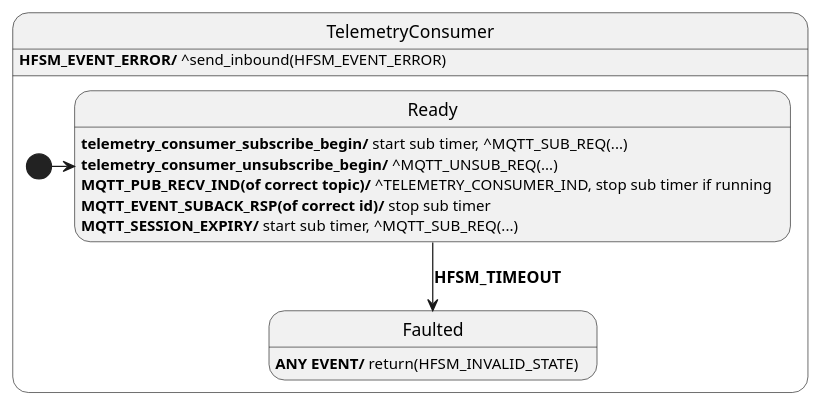
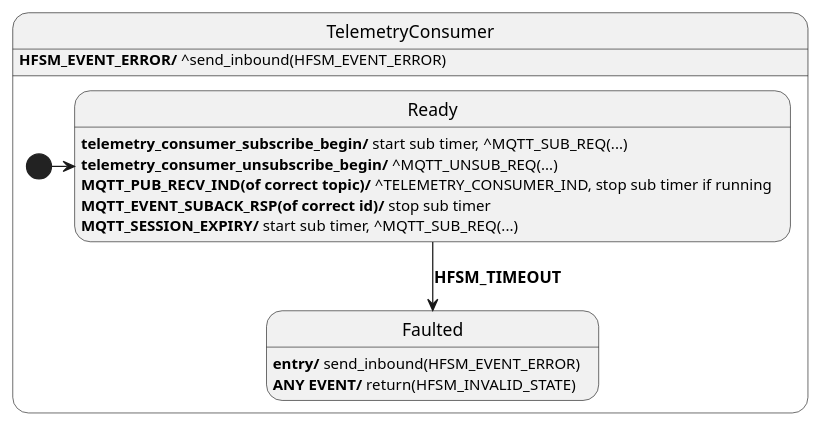
The diagram in sdk/docs/core/resources/telemetry_consumer.puml (Azure/azure-sdk-for-c), drawn with PlantUML before and after one commit. The commit also changed 4 other files, not shown here.

```diff
--- a/sdk/docs/core/resources/telemetry_consumer.puml
+++ b/sdk/docs/core/resources/telemetry_consumer.puml
@@ -1,21 +1,22 @@
 @startuml TELEMETRY_CONSUMER
 
 state TelemetryConsumer {
 
   state Ready
   Ready : <b>telemetry_consumer_subscribe_begin/</b> start sub timer, ^MQTT_SUB_REQ(...)
   Ready : <b>telemetry_consumer_unsubscribe_begin/</b> ^MQTT_UNSUB_REQ(...)
   Ready : <b>MQTT_PUB_RECV_IND(of correct topic)/</b> ^TELEMETRY_CONSUMER_IND, stop sub timer if running
   Ready : <b>MQTT_EVENT_SUBACK_RSP(of correct id)/</b> stop sub timer
   Ready : <b>MQTT_SESSION_EXPIRY/</b> start sub timer, ^MQTT_SUB_REQ(...)
 
   state Faulted
+  Faulted : <b>entry/</b> send_inbound(HFSM_EVENT_ERROR)
   Faulted : <b>ANY EVENT/</b> return(HFSM_INVALID_STATE)
 
   [*] -> Ready
   Ready --> Faulted : <b>HFSM_TIMEOUT</b>
 }
 
 TelemetryConsumer : <b>HFSM_EVENT_ERROR/</b> ^send_inbound(HFSM_EVENT_ERROR)
 
 @enduml
```
